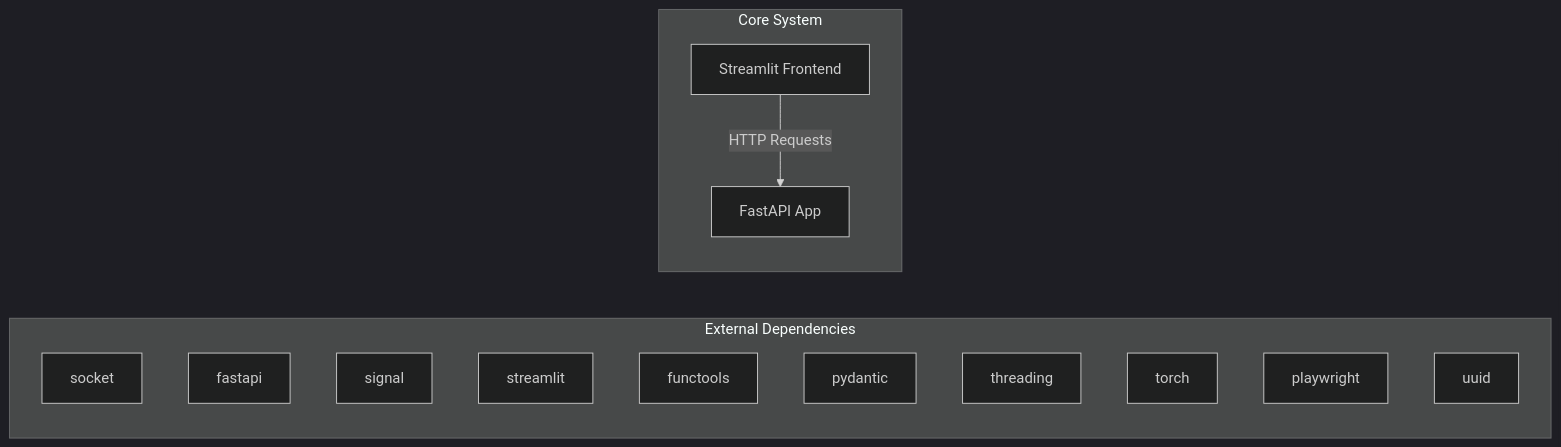
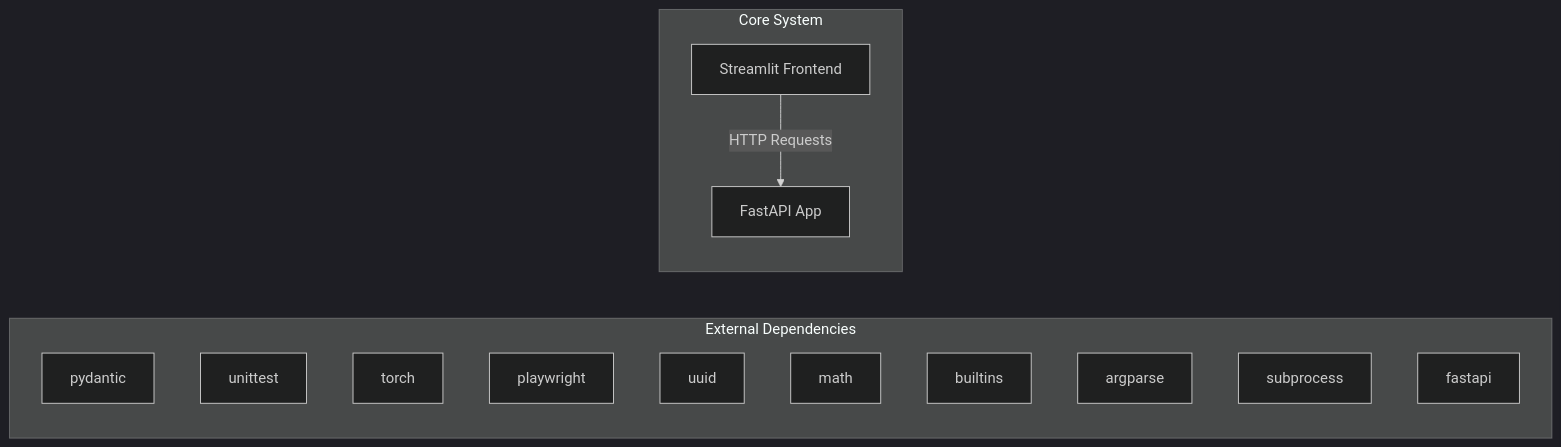
One commit to NITISH-R-G/rag-context-optimizer changed the first of 2 diagrams in docs/architecture.md. Above: the diagram before and after it, drawn with Mermaid (dark theme). The commit also changed other lines of this file and 1 other file, not shown here.

Commit message:
docs: auto-update repository knowledge, architecture diagrams, and documentation

````diff
--- a/docs/architecture.md
+++ b/docs/architecture.md
@@ -7,20 +7,20 @@
 ```mermaid
 graph LR
     subgraph External Dependencies
-        E0["socket"]
-        E1["fastapi"]
-        E2["signal"]
-        E3["streamlit"]
-        E4["functools"]
-        E5["pydantic"]
-        E6["threading"]
-        E7["torch"]
-        E8["playwright"]
-        E9["uuid"]
+        E0["pydantic"]
+        E1["unittest"]
+        E2["torch"]
+        E3["playwright"]
+        E4["uuid"]
+        E5["math"]
+        E6["builtins"]
+        E7["argparse"]
+        E8["subprocess"]
+        E9["fastapi"]
     end
     subgraph Core System
         API["FastAPI App"]
         UI["Streamlit Frontend"]
     end
     UI -->|HTTP Requests| API
 ```
````
